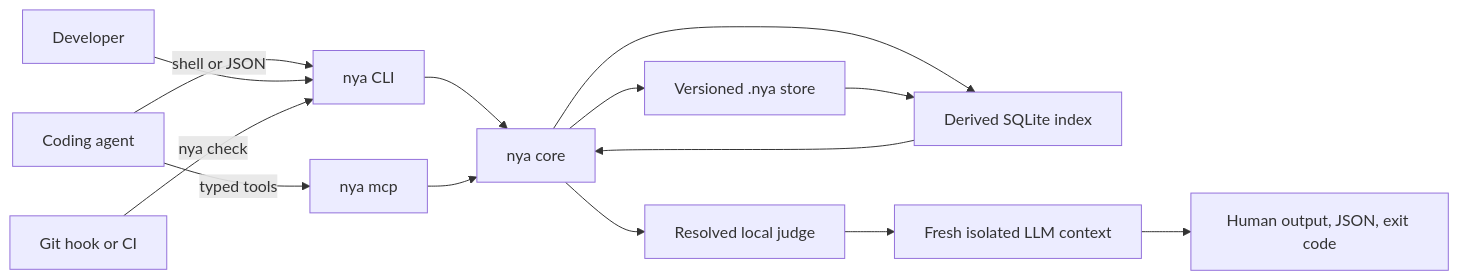
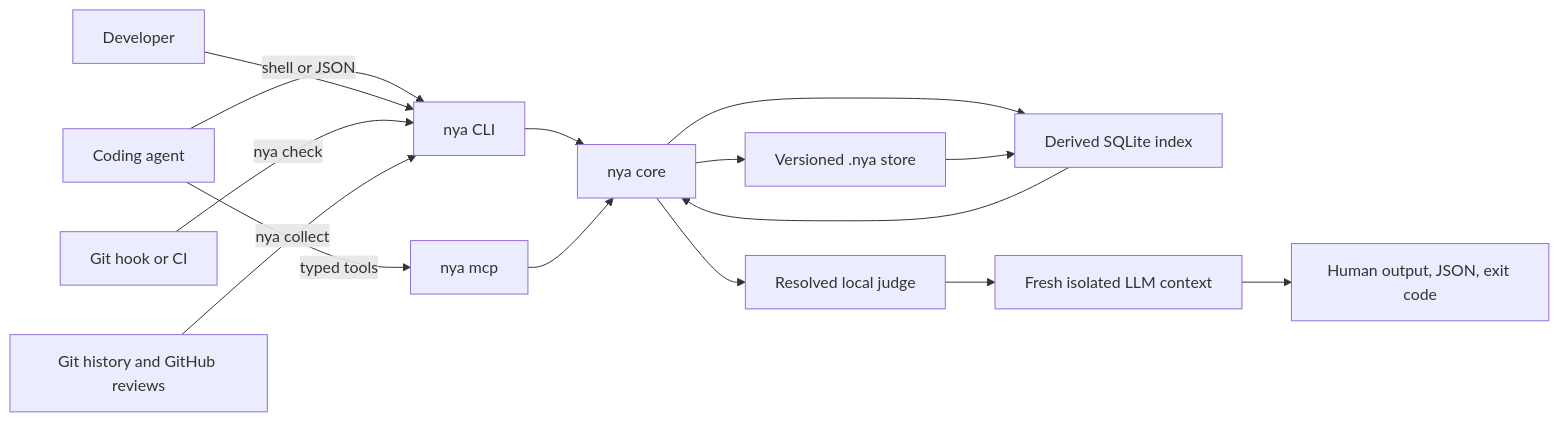
One commit to lucasrgt/not-you-again changed the diagram in ARCHITECTURE.md. Above: the diagram before and after it, drawn with Mermaid. The commit also changed other lines of this file and 14 other files, not shown here.

````diff
--- a/ARCHITECTURE.md
+++ b/ARCHITECTURE.md
@@ -33,18 +38,19 @@
 ```mermaid
 flowchart LR
     AGENT["Coding agent"] -->|"shell or JSON"| CLI["nya CLI"]
     AGENT -->|"typed tools"| MCP["nya mcp"]
     HUMAN["Developer"] --> CLI
     CI["Git hook or CI"] -->|"nya check"| CLI
+    HISTORY["Git history and GitHub reviews"] -->|"nya collect"| CLI
 
     CLI --> CORE["nya core"]
     MCP --> CORE
     CORE --> STORE["Versioned .nya store"]
     CORE --> INDEX["Derived SQLite index"]
     CORE --> RUNNER["Resolved local judge"]
     RUNNER --> JUDGE["Fresh isolated LLM context"]
 
     STORE --> INDEX
     INDEX --> CORE
     JUDGE --> RESULT["Human output, JSON, exit code"]
 ```
````
